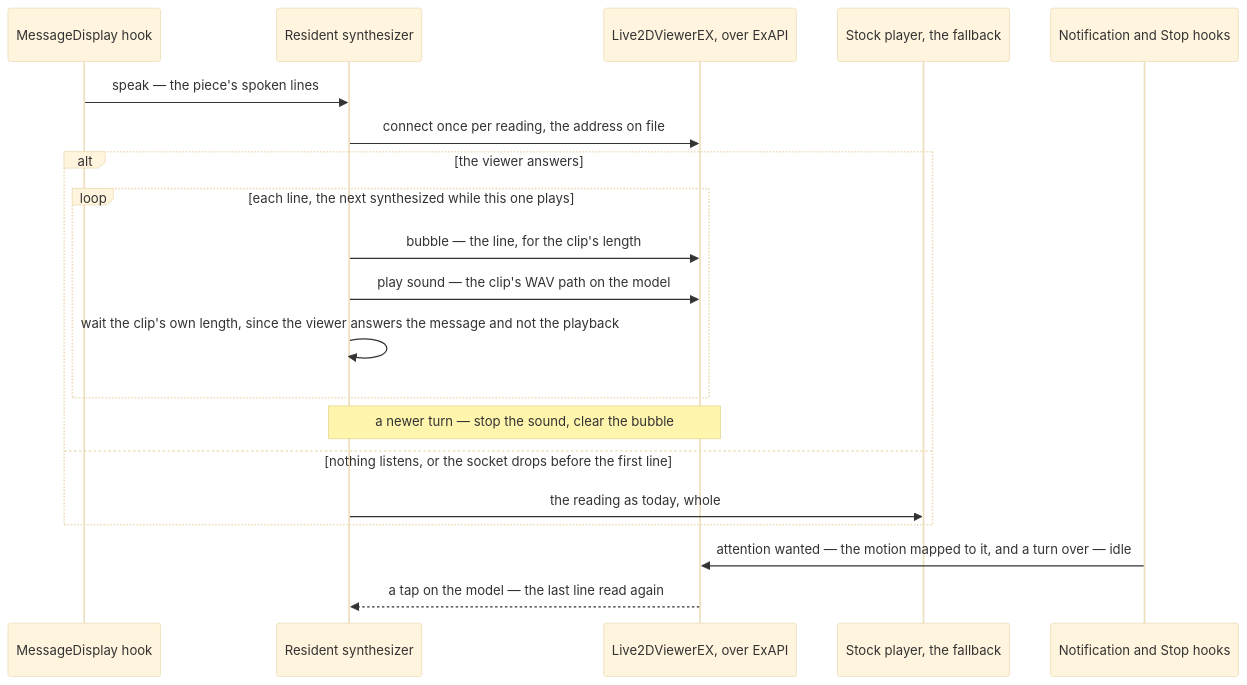
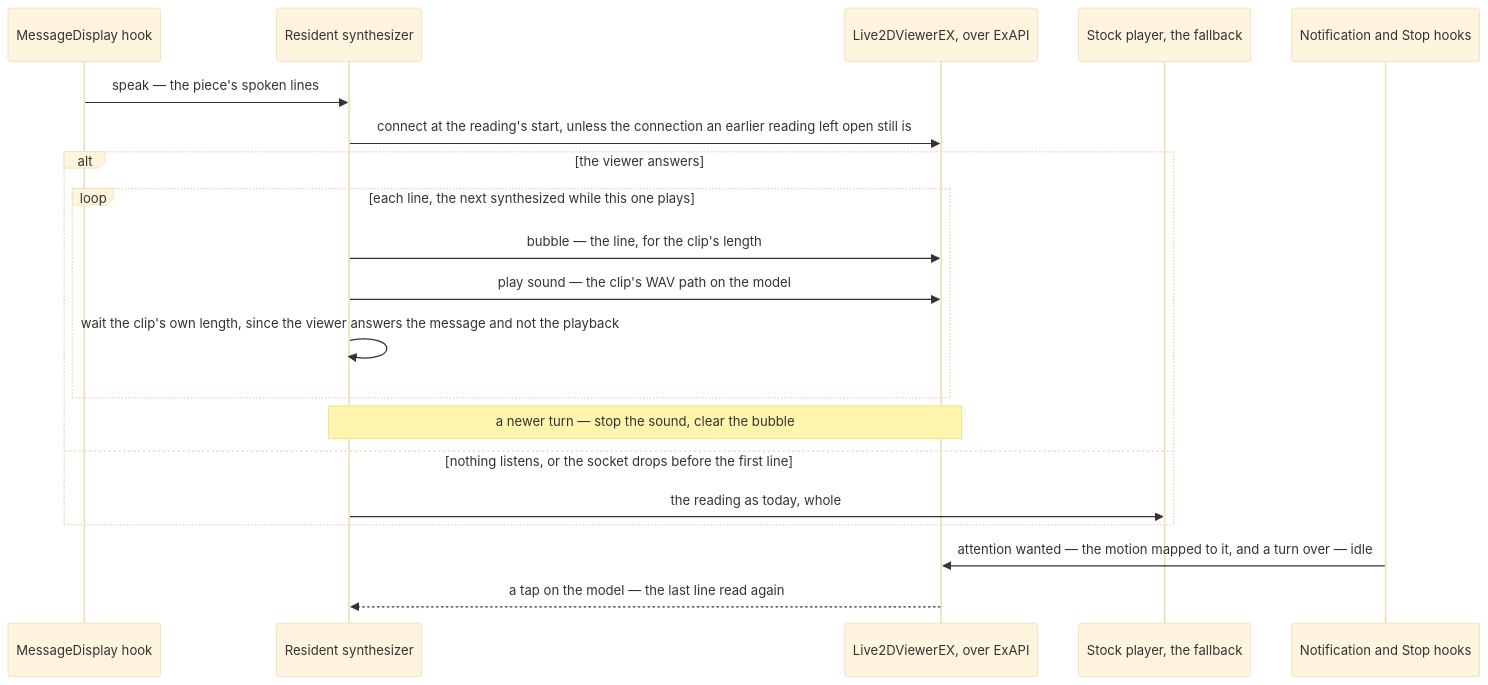
The diagram in openspec/changes/infra-viewer-stage/design.md (Esposter/Esposter), drawn with Mermaid (base theme) before and after one commit. The commit also changed other lines of this file and 3 other files, not shown here.

````diff
--- a/openspec/changes/infra-viewer-stage/design.md
+++ b/openspec/changes/infra-viewer-stage/design.md
@@ -19,23 +19,23 @@
 ```mermaid
 sequenceDiagram
     participant Display as MessageDisplay hook
     participant Server as Resident synthesizer
     participant Viewer as Live2DViewerEX, over ExAPI
     participant Player as Stock player, the fallback
     participant Hooks as Notification and Stop hooks
 
     Display->>Server: speak — the piece's spoken lines
-    Server->>Viewer: connect once per reading, the address on file
+    Server->>Viewer: connect at the reading's start, unless the connection an earlier reading left open still is
     alt the viewer answers
         loop each line, the next synthesized while this one plays
             Server->>Viewer: bubble — the line, for the clip's length
             Server->>Viewer: play sound — the clip's WAV path on the model
             Server->>Server: wait the clip's own length, since the viewer answers the message and not the playback
         end
         Note over Server,Viewer: a newer turn — stop the sound, clear the bubble
     else nothing listens, or the socket drops before the first line
         Server->>Player: the reading as today, whole
     end
     Hooks->>Viewer: attention wanted — the motion mapped to it, and a turn over — idle
     Viewer-->>Server: a tap on the model — the last line read again
 ```
````
